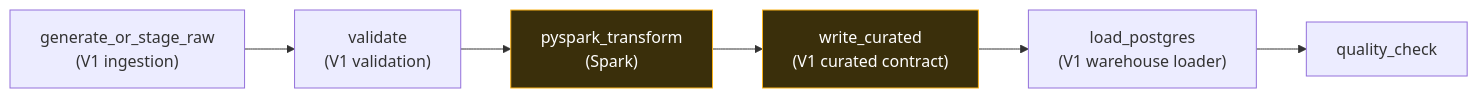
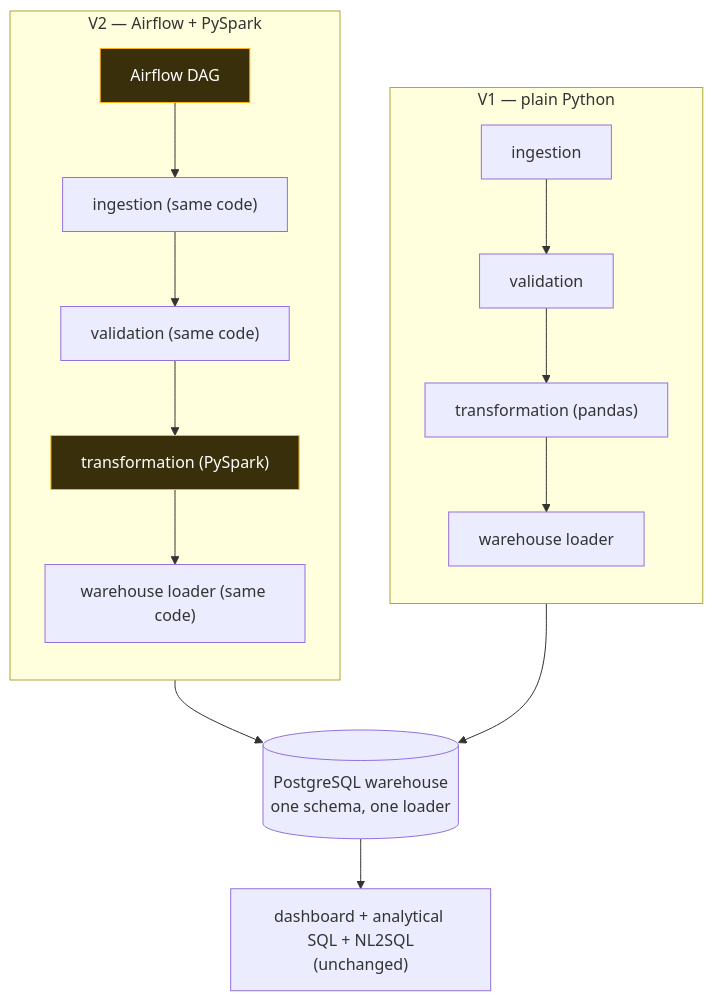
Before and after one commit to the-illuminatus/QueryPilot-DataEngineering: diagram 11 of 12 in README.md, drawn with Mermaid. The commit also changed other lines of this file, not shown here.

Commit message:
docs: finalize Airflow and PySpark architecture README

````diff
--- a/README.md
+++ b/README.md
@@ -429,8 +713,20 @@
 ```mermaid
-flowchart LR
-    R["generate_or_stage_raw<br/>(V1 ingestion)"] --> V["validate<br/>(V1 validation)"]
-    V --> S["pyspark_transform<br/>(Spark)"] --> C["write_curated<br/>(V1 curated contract)"]
-    C --> L["load_postgres<br/>(V1 warehouse loader)"] --> Q["quality_check"]
+flowchart TD
+    subgraph V1P["V1 — plain Python"]
+        direction TB
+        A1["ingestion"] --> A2["validation"] --> A3["transformation (pandas)"] --> A4["warehouse loader"]
+    end
+    subgraph V2P["V2 — Airflow + PySpark"]
+        direction TB
+        B0["Airflow DAG"] --> B1["ingestion (same code)"]
+        B1 --> B2["validation (same code)"]
+        B2 --> B3["transformation (PySpark)"]
+        B3 --> B4["warehouse loader (same code)"]
+    end
+    A4 --> WH[("PostgreSQL warehouse<br/>one schema, one loader")]
+    B4 --> WH
+    WH --> DL["dashboard + analytical SQL + NL2SQL<br/>(unchanged)"]
+
     classDef spark fill:#3a2f0b,stroke:#fab219,color:#fff
-    class S,C spark
+    class B0,B3 spark
 ```
````
